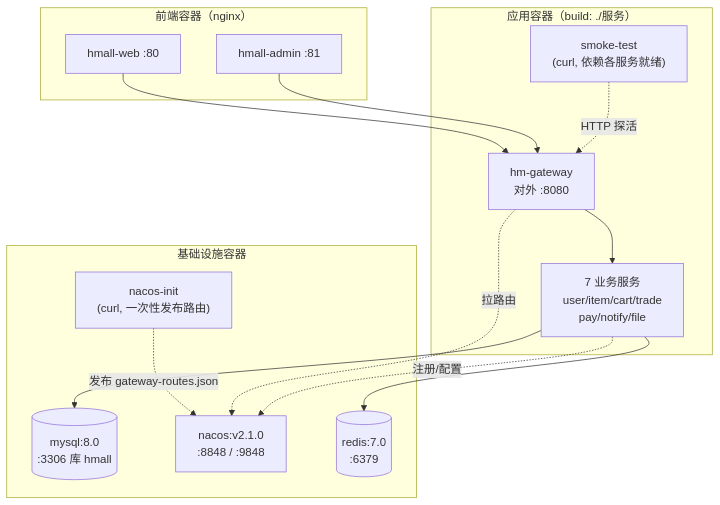
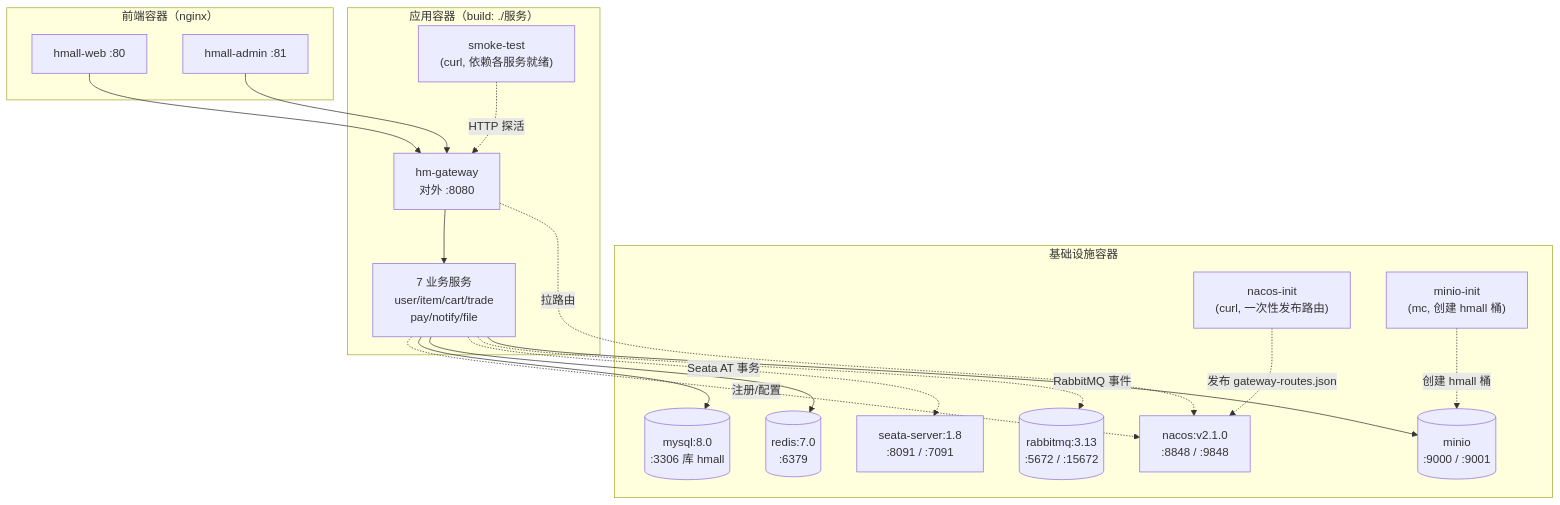
One commit to 3219378872/web-dev-experiment changed the second of 2 diagrams in docs/structure/01-system-architecture.md. Above: the diagram before and after it, drawn with Mermaid. The commit also changed other lines of this file and 4 other files, not shown here.

First line of the commit message:
docs: update structure diagrams for Seata/RabbitMQ/MinIO integration

````diff
--- a/docs/structure/01-system-architecture.md
+++ b/docs/structure/01-system-architecture.md
@@ -60,30 +70,38 @@
 ```mermaid
 flowchart TB
     subgraph Infra[基础设施容器]
         MySQLC[("mysql:8.0<br/>:3306 库 hmall")]
         NacosC["nacos:v2.1.0<br/>:8848 / :9848"]
         RedisC[("redis:7.0<br/>:6379")]
+        RabbitMQC[("rabbitmq:3.13<br/>:5672 / :15672")]
+        SeataC["seata-server:1.8<br/>:8091 / :7091"]
+        MinIOC[("minio<br/>:9000 / :9001")]
         InitC["nacos-init<br/>(curl, 一次性发布路由)"]
+        MinIOInitC["minio-init<br/>(mc, 创建 hmall 桶)"]
     end
 
     subgraph App[应用容器（build: ./服务）]
         GWc["hm-gateway<br/>对外 :8080"]
         SvcC["7 业务服务<br/>user/item/cart/trade<br/>pay/notify/file"]
         SmokeC["smoke-test<br/>(curl, 依赖各服务就绪)"]
     end
 
     subgraph Front[前端容器（nginx）]
         WebC["hmall-web :80"]
         AdminC["hmall-admin :81"]
     end
 
     WebC --> GWc
     AdminC --> GWc
     GWc --> SvcC
     InitC -.->|"发布 gateway-routes.json"| NacosC
+    MinIOInitC -.->|"创建 hmall 桶"| MinIOC
     GWc -.->|"拉路由"| NacosC
     SvcC -.->|"注册/配置"| NacosC
     SvcC --> MySQLC
     SvcC --> RedisC
+    SvcC -.->|"Seata AT 事务"| SeataC
+    SvcC -.->|"RabbitMQ 事件"| RabbitMQC
+    SvcC --> MinIOC
     SmokeC -.->|"HTTP 探活"| GWc
 ```
````
